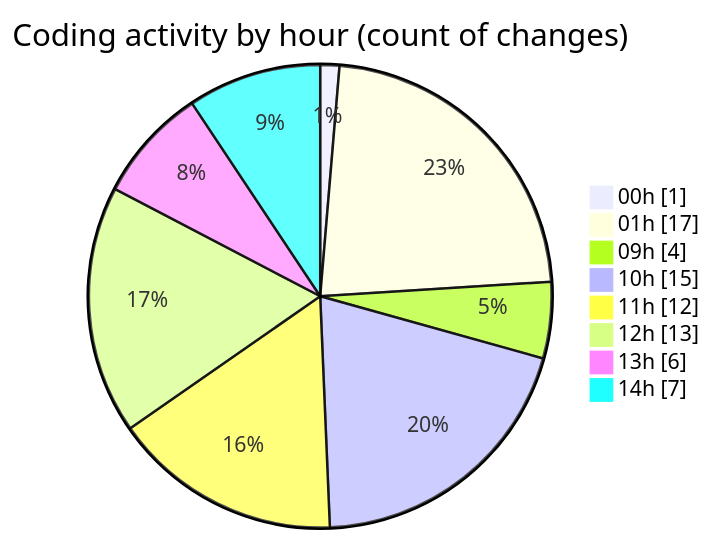
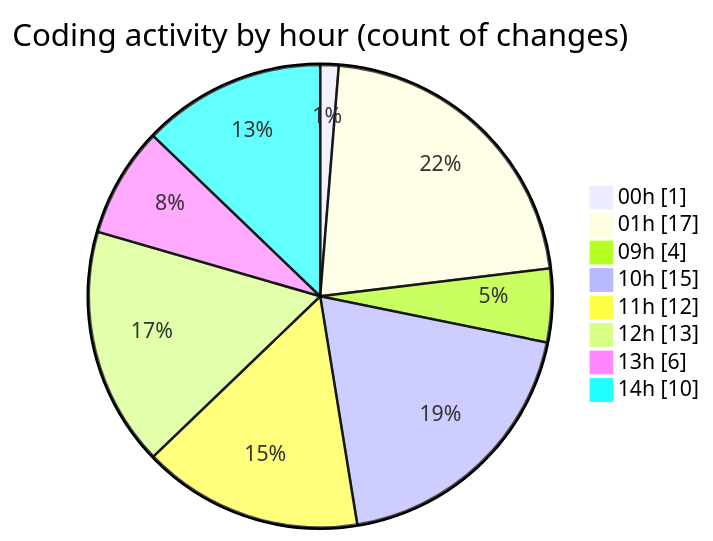
The second of 2 diagrams in 2025-11-01/cdp_aleoudev_fr__workspace_/README.md (julien-gomy/code-tracking), drawn with Mermaid before and after one commit. The commit also changed other lines of this file and 1 other file, not shown here.

````diff
--- a/2025-11-01/cdp_aleoudev_fr__workspace_/README.md
+++ b/2025-11-01/cdp_aleoudev_fr__workspace_/README.md
@@ -38,12 +38,12 @@
 ```mermaid
 pie showData
 title Coding activity by hour (count of changes)
 "00h" : 1
 "01h" : 17
 "09h" : 4
 "10h" : 15
 "11h" : 12
 "12h" : 13
 "13h" : 6
-"14h" : 7
+"14h" : 10
 ```
````
